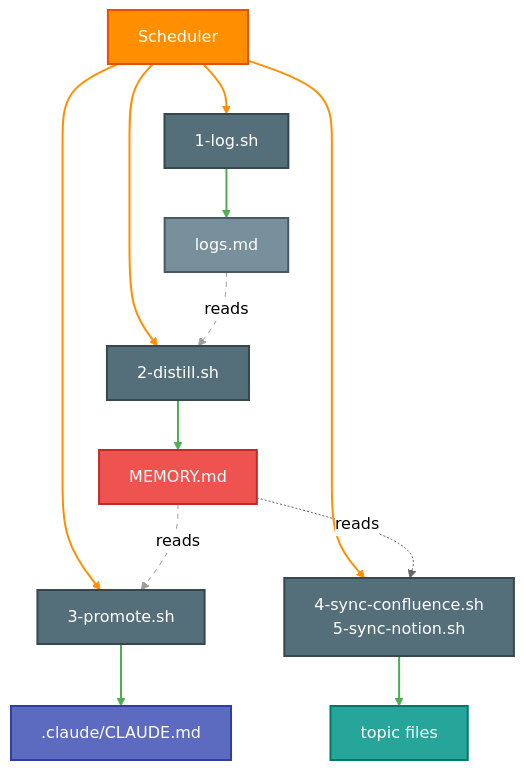
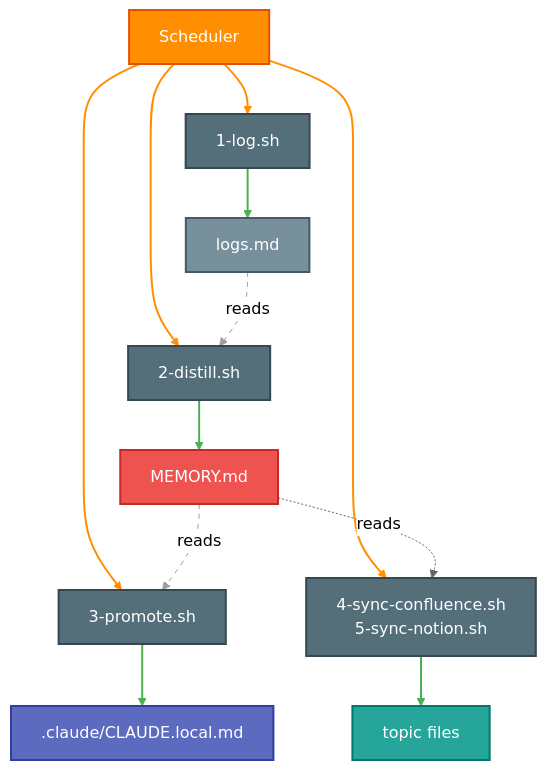
Before and after one commit to jameswniu/claude-os: the third of 3 diagrams in README.md, drawn with Mermaid (neutral theme). The commit also changed other lines of this file and 111 other files, not shown here.

Commit message:
Rename .claude/CLAUDE.md to .claude/CLAUDE.local.md across templates

````diff
--- a/README.md
+++ b/README.md
@@ -225,32 +225,32 @@
 ```mermaid
 flowchart TD
     C["Scheduler"]
 
     C --> L1["1-log.sh"]
     C --> L2["2-distill.sh"]
     C --> L3["3-promote.sh"]
     C --> L45["4-sync-confluence.sh\n5-sync-notion.sh"]
 
     L1 --> LOG["logs.md"]
     L2 --> MEM["MEMORY.md"]
-    L3 --> RUL[".claude/CLAUDE.md"]
+    L3 --> RUL[".claude/CLAUDE.local.md"]
     L45 --> TOP["topic files"]
 
     LOG -. reads .-> L2
     MEM -. reads .-> L3
     MEM -. reads .-> L45
 
     style C fill:#FF8F00,color:#fff,stroke:#E65100,stroke-width:2px
     style L1 fill:#546E7A,color:#fff,stroke:#37474F,stroke-width:2px
     style L2 fill:#546E7A,color:#fff,stroke:#37474F,stroke-width:2px
     style L3 fill:#546E7A,color:#fff,stroke:#37474F,stroke-width:2px
     style L45 fill:#546E7A,color:#fff,stroke:#37474F,stroke-width:2px
     style LOG fill:#78909C,color:#fff,stroke:#455A64,stroke-width:2px
     style MEM fill:#EF5350,color:#fff,stroke:#C62828,stroke-width:2px
     style RUL fill:#5C6BC0,color:#fff,stroke:#303F9F,stroke-width:2px
     style TOP fill:#26A69A,color:#fff,stroke:#00796B,stroke-width:2px
 
     linkStyle 0,1,2,3 stroke:#FF8F00,stroke-width:2px
     linkStyle 4,5,6,7 stroke:#4CAF50,stroke-width:2px
     linkStyle 8,9 stroke:#9E9E9E,stroke-width:1px,stroke-dasharray:5
 ```
````
